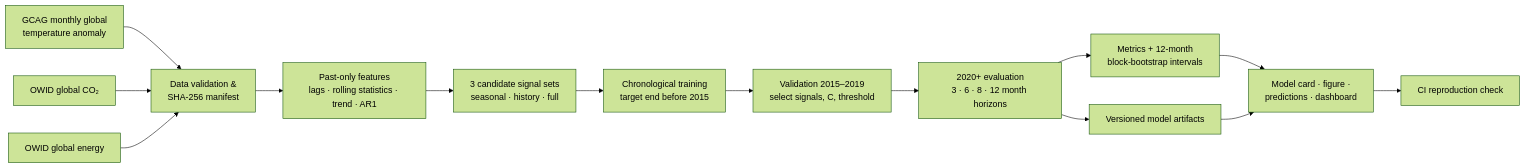
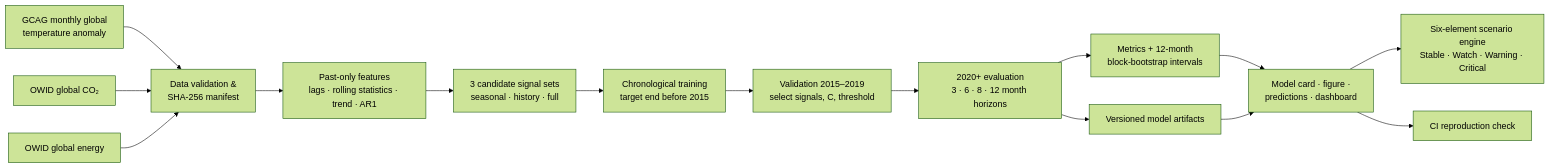
The diagram in README.md (haarikaalla/CascadeEWS), drawn with Mermaid (forest theme) before and after one commit. The commit also changed other lines of this file and 17 other files, not shown here.

Commit message:
Integrate multi-element cascade scenario analysis

````diff
--- a/README.md
+++ b/README.md
@@ -53,16 +78,17 @@
 ```mermaid
 flowchart LR
     A[GCAG monthly global<br/>temperature anomaly] --> D[Data validation &<br/>SHA-256 manifest]
     B[OWID global CO₂] --> D
     C[OWID global energy] --> D
     D --> E[Past-only features<br/>lags · rolling statistics · trend · AR1]
     E --> F[3 candidate signal sets<br/>seasonal · history · full]
     F --> G[Chronological training<br/>target end before 2015]
     G --> H[Validation 2015–2019<br/>select signals, C, threshold]
     H --> I[2020+ evaluation<br/>3 · 6 · 8 · 12 month horizons]
     I --> J[Metrics + 12-month<br/>block-bootstrap intervals]
     I --> K[Versioned model artifacts]
     J --> L[Model card · figure ·<br/>predictions · dashboard]
     K --> L
+    L --> N[Six-element scenario engine<br/>Stable · Watch · Warning · Critical]
     L --> M[CI reproduction check]
 ```
````
